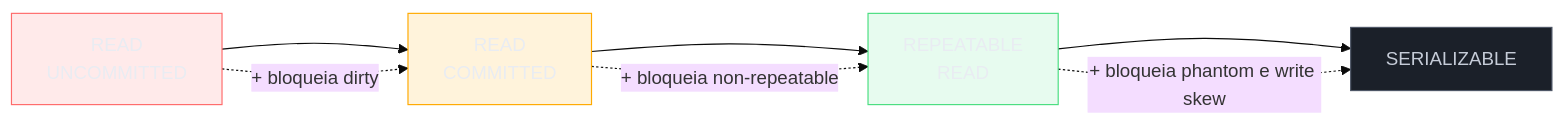
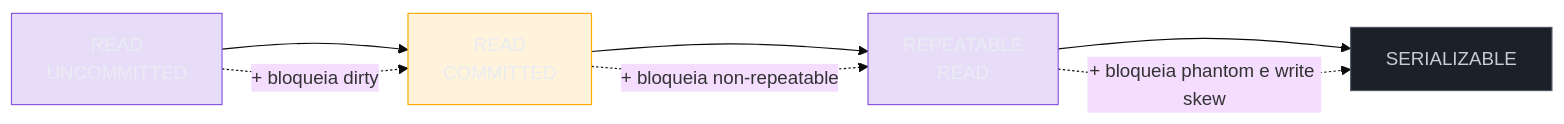
The sixth of 7 diagrams in 03-Dominios/Ciência/Banco de Dados/06 - Isolamento e anomalias.md (josenaldo/codex-technomanticus), drawn with Mermaid (base theme) before and after one commit. The commit also changed other lines of this file and 601 other files, not shown here.

````diff
--- a/03-Dominios/Ciência/Banco de Dados/06 - Isolamento e anomalias.md
+++ b/03-Dominios/Ciência/Banco de Dados/06 - Isolamento e anomalias.md
@@ -189,17 +189,16 @@
 ```mermaid
 flowchart LR
-    classDef falha fill:#FF6B6B24,stroke:#FF6B6B,color:#E9ECF2
+    classDef marca fill:#8855DF33,stroke:#8855DF,color:#E9ECF2
     classDef destaque fill:#FFAA0024,stroke:#FFAA00,color:#E9ECF2
-    classDef ok fill:#4ADE8021,stroke:#4ADE80,color:#E9ECF2
     classDef neutro fill:#1B2029,stroke:#4E5666,color:#C6CCD8
     RU["READ<br/>UNCOMMITTED"] --> RC["READ<br/>COMMITTED"]
     RC --> RR["REPEATABLE<br/>READ"]
     RR --> SER["SERIALIZABLE"]
     RU -.->|"+ bloqueia dirty"| RC
     RC -.->|"+ bloqueia non-repeatable"| RR
     RR -.->|"+ bloqueia phantom e write skew"| SER
-    class RU falha
+    class RU marca
     class RC destaque
-    class RR ok
+    class RR marca
     class SER neutro
 ```
````
